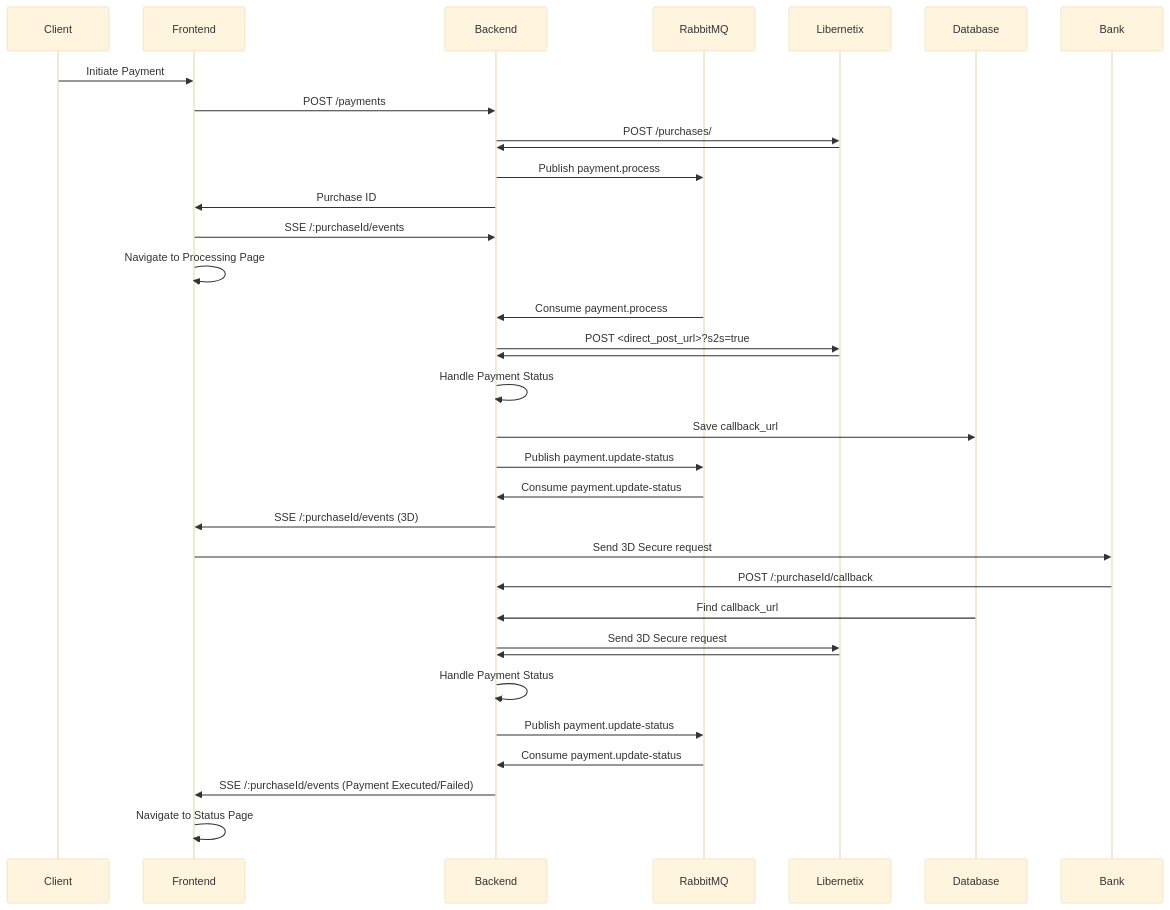
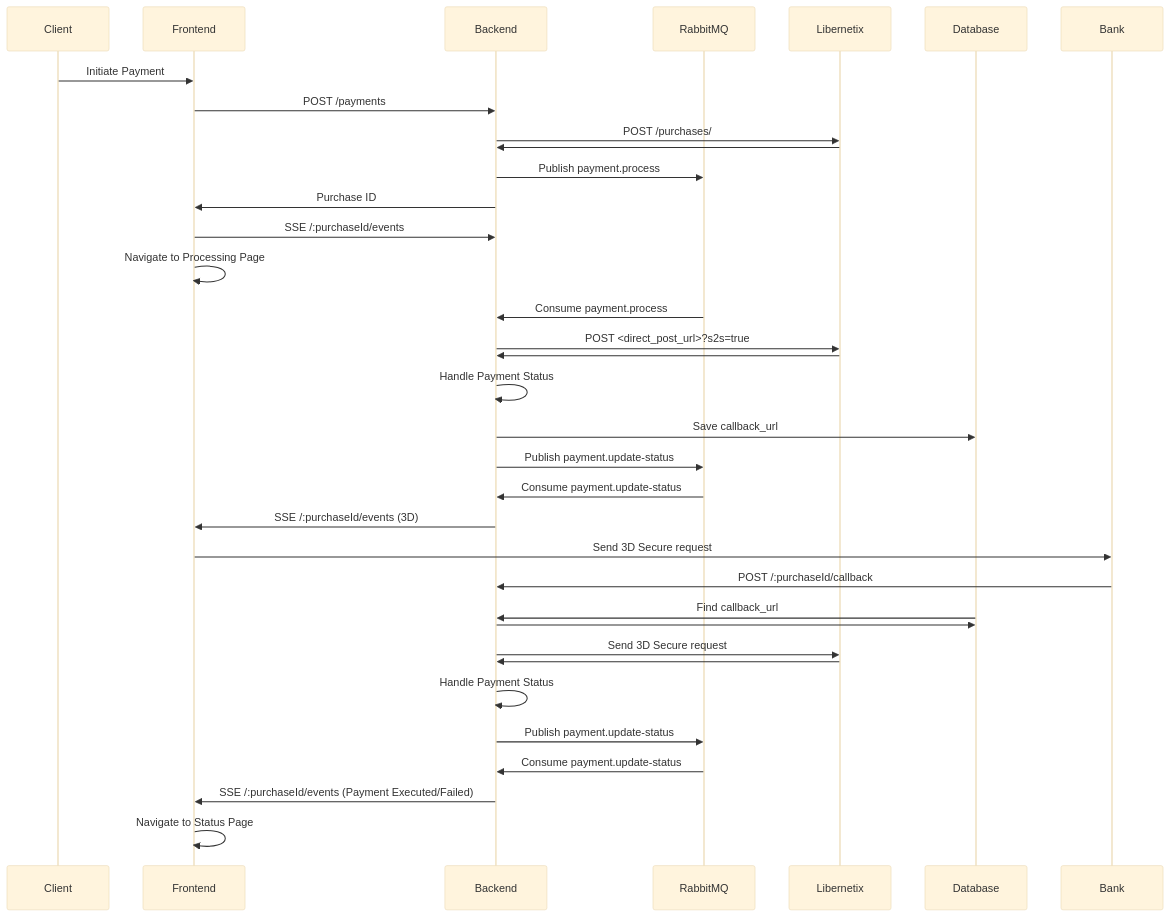
One commit to mrcatlait/libernetix-s2s-example changed the second of 2 diagrams in README.md. Above: the diagram before and after it, drawn with Mermaid (base theme).

Commit message:
Fix diagram step

````diff
--- a/README.md
+++ b/README.md
@@ -174,37 +174,38 @@
 ```mermaid
 sequenceDiagram 
   participant Client
   participant Frontend
   participant Backend
   participant RabbitMQ
   participant Libernetix
   participant Database
   participant Bank
 
   Client->>Frontend: Initiate Payment
   Frontend->>Backend: POST /payments
   Backend->>Libernetix: POST /purchases/
   Libernetix->>Backend: 
   Backend->>RabbitMQ: Publish payment.process
   Backend->>Frontend: Purchase ID
   Frontend->>Backend: SSE /:purchaseId/events
   Frontend->>Frontend: Navigate to Processing Page
   RabbitMQ->>Backend: Consume payment.process
   Backend->>Libernetix: POST <direct_post_url>?s2s=true
   Libernetix->>Backend: 
   Backend->>Backend: Handle Payment Status
   Backend->>Database: Save callback_url
   Backend->>RabbitMQ: Publish payment.update-status
   RabbitMQ->>Backend: Consume payment.update-status
   Backend->>Frontend: SSE /:purchaseId/events (3D)
   Frontend->>Bank: Send 3D Secure request
   Bank->>Backend: POST /:purchaseId/callback
   Database->>Backend: Find callback_url
+  Backend->>Database: 
   Backend->>Libernetix: Send 3D Secure request
   Libernetix->>Backend: 
   Backend->>Backend: Handle Payment Status
   Backend->>RabbitMQ: Publish payment.update-status
   RabbitMQ->>Backend: Consume payment.update-status
   Backend->>Frontend: SSE /:purchaseId/events (Payment Executed/Failed)
   Frontend->>Frontend: Navigate to Status Page
 ```
````
